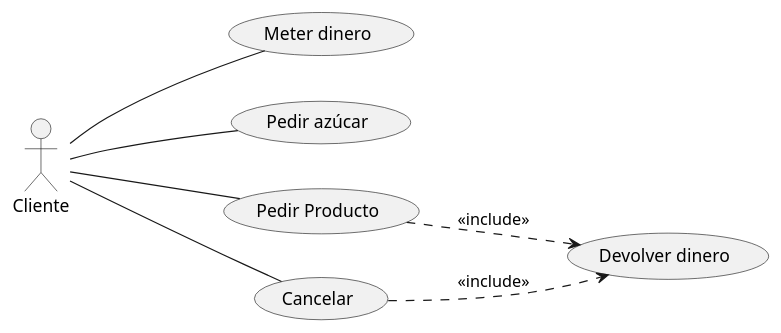
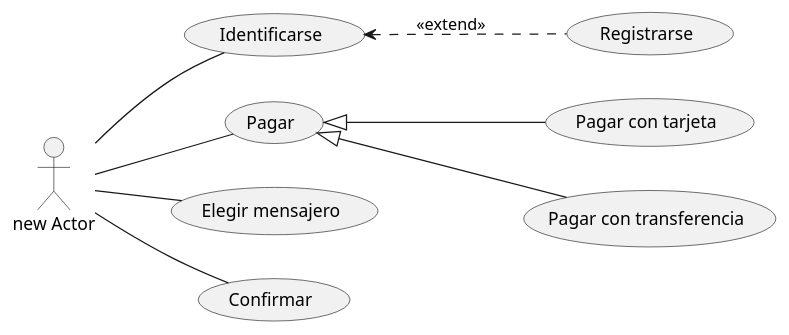
One commit to tatianagarijo/UMLClasesUsoTatianaGarijo changed the diagram in src/ClasesUso.puml. Above: the diagram before and after it, drawn with PlantUML. The commit also changed 3 other files, not shown here.

```diff
--- a/src/ClasesUso.puml
+++ b/src/ClasesUso.puml
@@ -2,16 +2,19 @@
 @startuml
 left to right direction
-:Cliente: as cli
-usecase (Meter dinero) as UC1
-usecase (Pedir azúcar) as UC2
-usecase (Pedir Producto) as UC3
-usecase (Cancelar) as UC4
-usecase (Devolver dinero) as UC5
+:new Actor: as act
+usecase (Identificarse) as UC1
+usecase (Pagar) as UC2
+usecase (Elegir mensajero) as UC3
+usecase (Confirmar) as UC4
+usecase (Registrarse) as UC5
 
-cli --- UC1
-cli --- UC2
-cli --- UC3
-cli --- UC4
-UC3 ..> UC5: <<include>>
-UC4 ..> UC5: <<include>>
+act -- UC1
+act -- UC2
+act -- UC3
+act -- UC4
+UC1 <.. UC5: <<extend>>
+usecase (Pagar con tarjeta) as UC6
+usecase (Pagar con transferencia) as UC7
+UC2 <|-- UC6
+UC2 <|-- UC7
 @enduml
```
